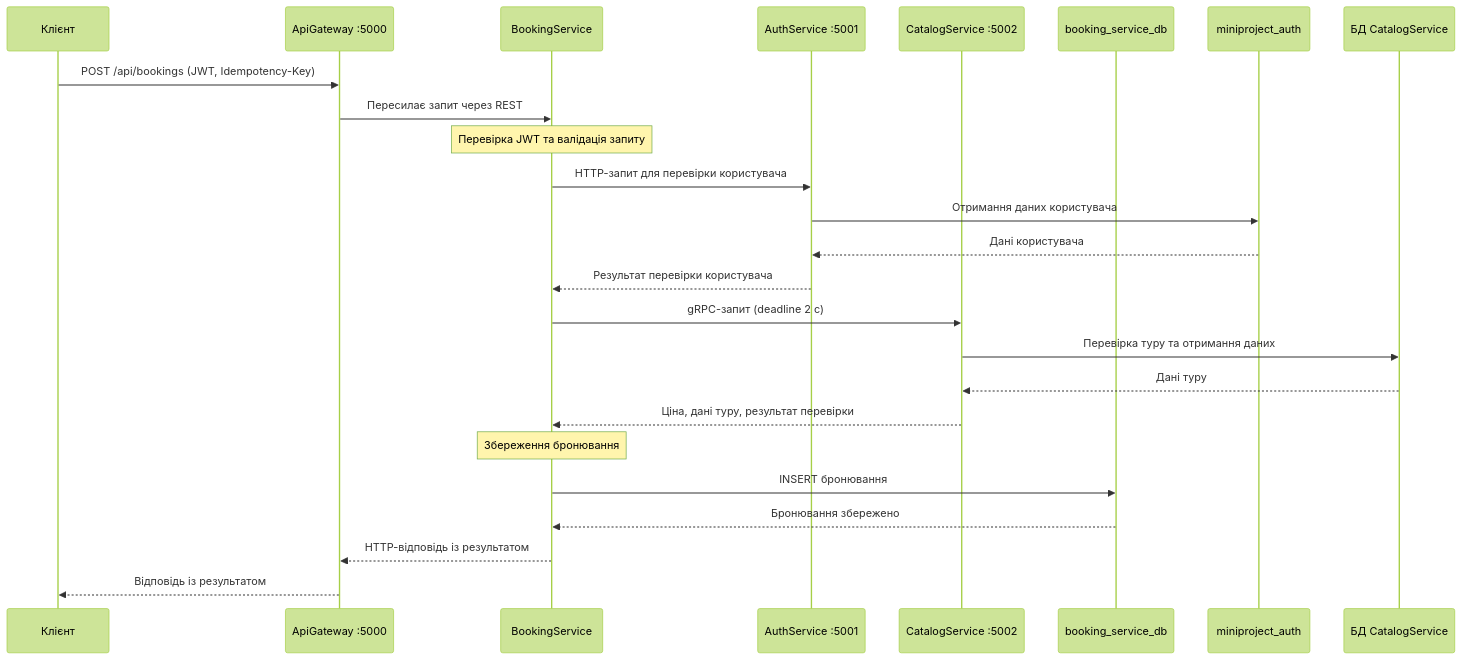
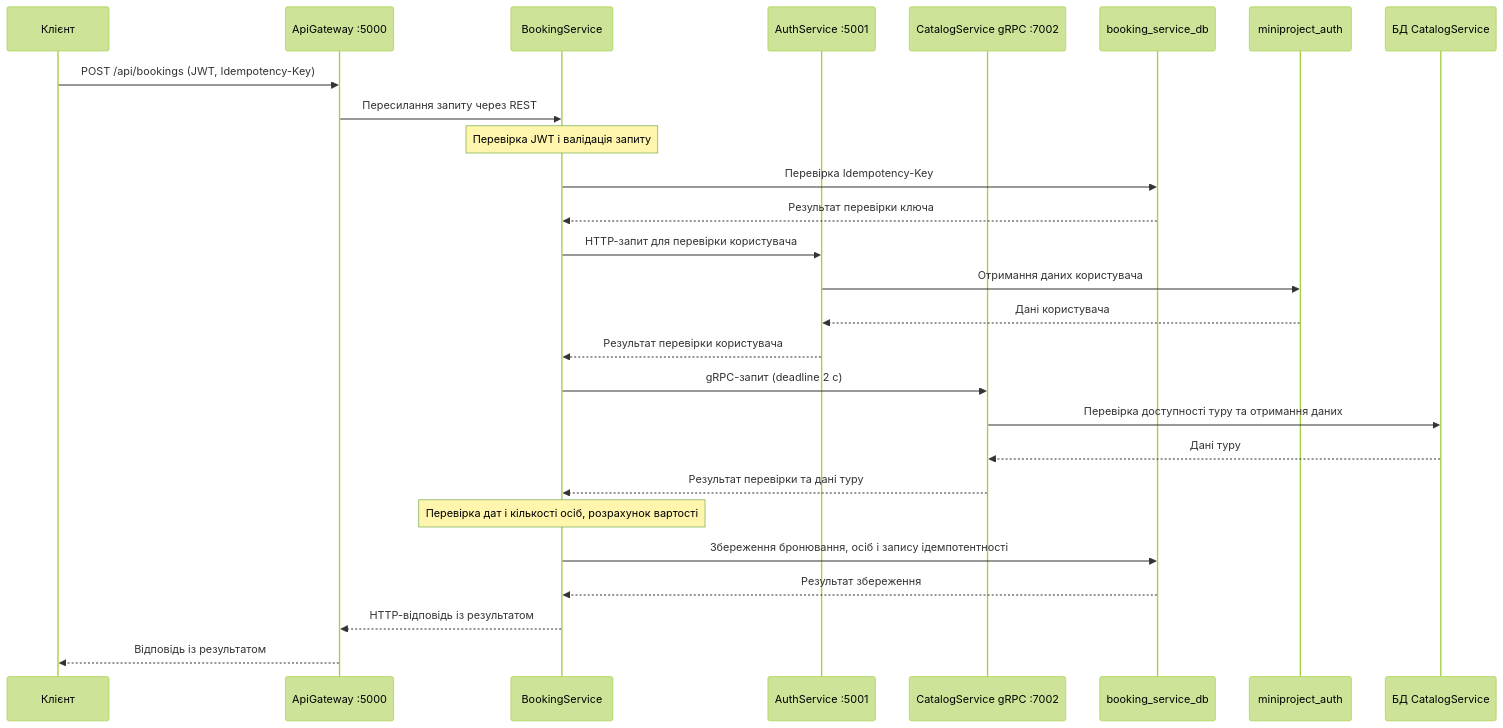
Before and after one commit to Mielssen/MiniProject: the fourth of 4 diagrams in docs/diagrams/diagrams.md, drawn with Mermaid (forest theme).

````diff
--- a/docs/diagrams/diagrams.md
+++ b/docs/diagrams/diagrams.md
@@ -77,34 +77,36 @@
 ```mermaid
 sequenceDiagram
     participant Client as Клієнт
     participant Gateway as ApiGateway :5000
     participant BookingS as BookingService
     participant AuthS as AuthService :5001
-    participant CatalogS as CatalogService :5002
+    participant CatalogS as CatalogService gRPC :7002
     participant BookingDB as booking_service_db
     participant AuthDB as miniproject_auth
     participant CatalogDB as БД CatalogService
 
     Client->>Gateway: POST /api/bookings (JWT, Idempotency-Key)
-    Gateway->>BookingS: Пересилає запит через REST
+    Gateway->>BookingS: Пересилання запиту через REST
 
-    Note over BookingS: Перевірка JWT та валідація запиту
+    Note over BookingS: Перевірка JWT і валідація запиту
+    BookingS->>BookingDB: Перевірка Idempotency-Key
+    BookingDB-->>BookingS: Результат перевірки ключа
 
     BookingS->>AuthS: HTTP-запит для перевірки користувача
     AuthS->>AuthDB: Отримання даних користувача
     AuthDB-->>AuthS: Дані користувача
     AuthS-->>BookingS: Результат перевірки користувача
 
     BookingS->>CatalogS: gRPC-запит (deadline 2 с)
-    CatalogS->>CatalogDB: Перевірка туру та отримання даних
+    CatalogS->>CatalogDB: Перевірка доступності туру та отримання даних
     CatalogDB-->>CatalogS: Дані туру
-    CatalogS-->>BookingS: Ціна, дані туру, результат перевірки
+    CatalogS-->>BookingS: Результат перевірки та дані туру
 
-    Note over BookingS: Збереження бронювання
+    Note over BookingS: Перевірка дат і кількості осіб, розрахунок вартості
 
-    BookingS->>BookingDB: INSERT бронювання
-    BookingDB-->>BookingS: Бронювання збережено
+    BookingS->>BookingDB: Збереження бронювання, осіб і запису ідемпотентності
+    BookingDB-->>BookingS: Результат збереження
 
     BookingS-->>Gateway: HTTP-відповідь із результатом
     Gateway-->>Client: Відповідь із результатом
 ```
````
